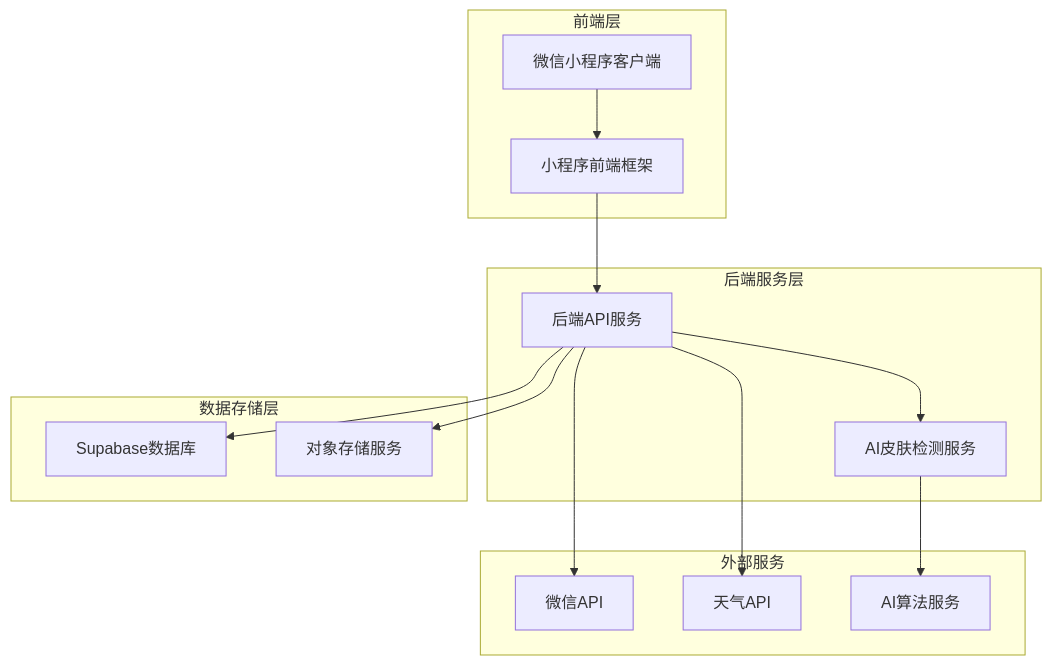
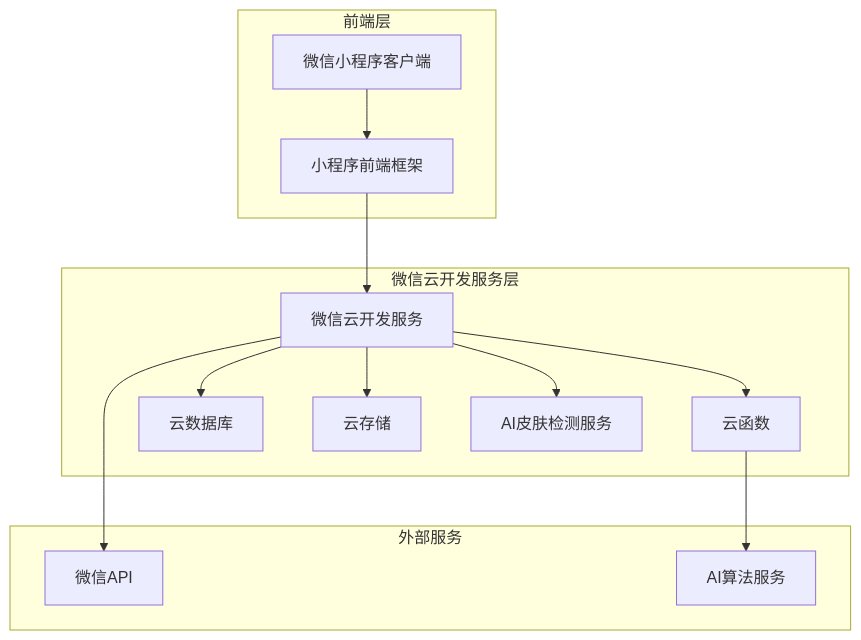
Before and after one commit to Psychic-k/Skin-care: the first of 3 diagrams in .trae/documents/Skin-care护肤小程序技术架构文档.md, drawn with Mermaid. The commit also changed other lines of this file and 56 other files, not shown here.

````diff
--- a/.trae/documents/Skin-care护肤小程序技术架构文档.md
+++ b/.trae/documents/Skin-care护肤小程序技术架构文档.md
@@ -5,33 +5,30 @@
 ```mermaid
 graph TD
     A[微信小程序客户端] --> B[小程序前端框架]
-    B --> C[后端API服务]
-    C --> D[AI皮肤检测服务]
-    C --> E[Supabase数据库]
-    C --> F[对象存储服务]
+    B --> C[微信云开发服务]
+    C --> D[云函数]
+    C --> E[云数据库]
+    C --> F[云存储]
+    C --> G[AI皮肤检测服务]
     
     subgraph "前端层"
         A
         B
     end
     
-    subgraph "后端服务层"
+    subgraph "微信云开发服务层"
         C
         D
-    end
-    
-    subgraph "数据存储层"
         E
         F
+        G
     end
     
     subgraph "外部服务"
-        G[微信API]
-        H[天气API]
+        H[微信API]
         I[AI算法服务]
     end
     
-    C --> G
     C --> H
     D --> I
 ```
````
